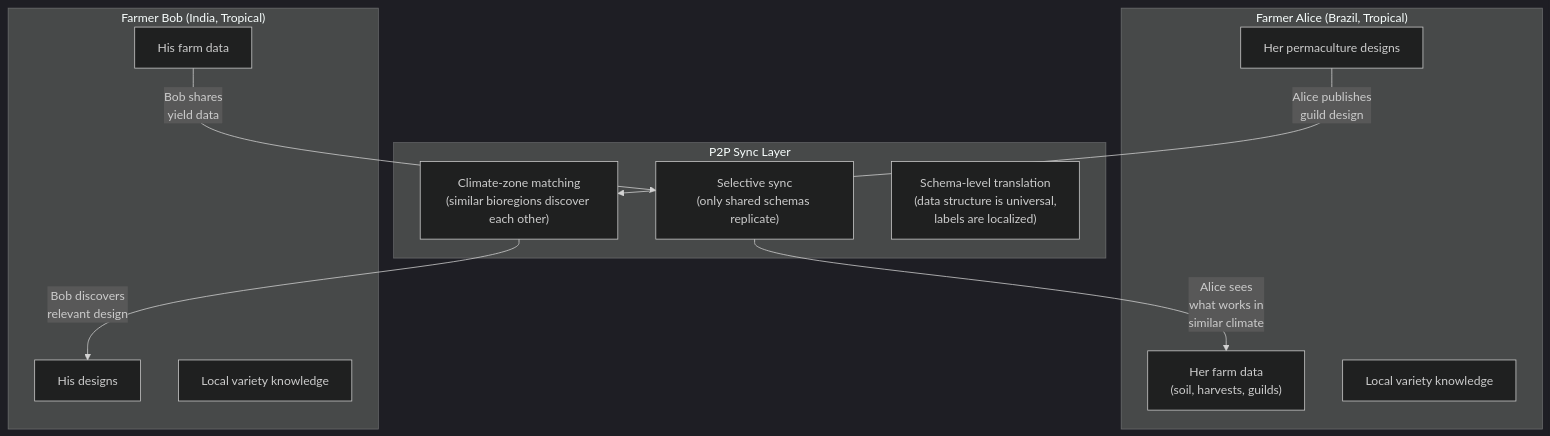
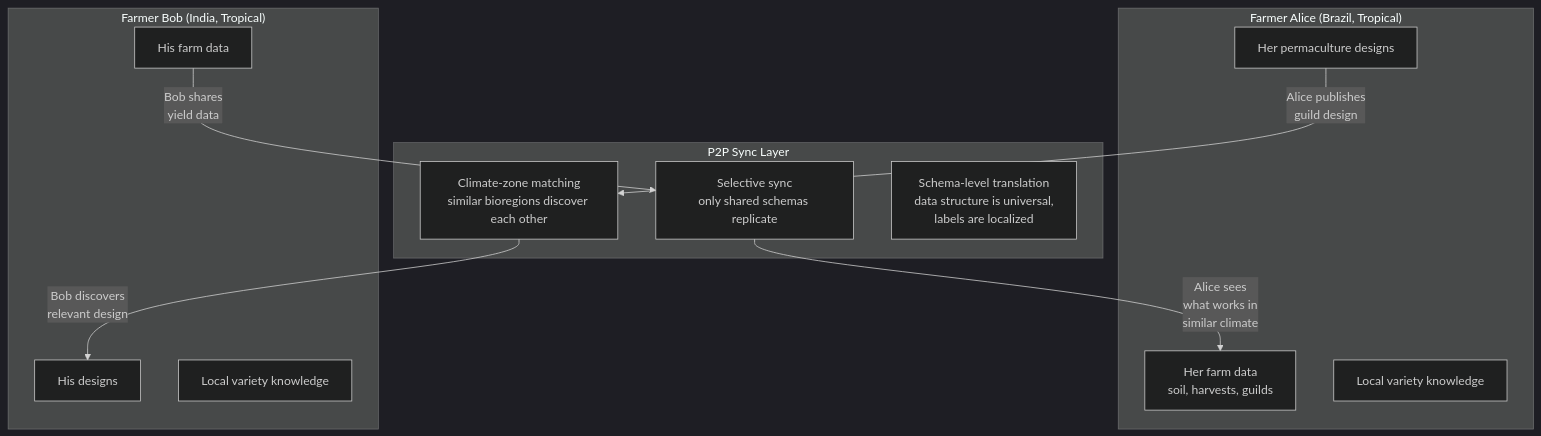
The diagram in docs/research/regenerative-farming-erp.md (crs48/xNet), drawn with Mermaid (dark theme) before and after one commit. The commit also changed 21 other files, not shown here.

First line of the commit message:
Fix Mermaid parse errors: remove parentheses in flowchart node labels after <br/> tags

````diff
--- a/docs/research/regenerative-farming-erp.md
+++ b/docs/research/regenerative-farming-erp.md
@@ -567,25 +567,25 @@
 ```mermaid
 graph TB
     subgraph "Farmer Alice (Brazil, Tropical)"
-        A_DATA["Her farm data<br/>(soil, harvests, guilds)"]
+        A_DATA["Her farm data<br/>soil, harvests, guilds"]
         A_DESIGNS["Her permaculture designs"]
         A_LOCAL["Local variety knowledge"]
     end
 
     subgraph "Farmer Bob (India, Tropical)"
         B_DATA["His farm data"]
         B_DESIGNS["His designs"]
         B_LOCAL["Local variety knowledge"]
     end
 
     subgraph "P2P Sync Layer"
-        MATCH["Climate-zone matching<br/>(similar bioregions discover each other)"]
-        SELECTIVE["Selective sync<br/>(only shared schemas replicate)"]
-        TRANSLATE["Schema-level translation<br/>(data structure is universal,<br/>labels are localized)"]
+        MATCH["Climate-zone matching<br/>similar bioregions discover each other"]
+        SELECTIVE["Selective sync<br/>only shared schemas replicate"]
+        TRANSLATE["Schema-level translation<br/>data structure is universal,<br/>labels are localized"]
     end
 
     A_DESIGNS -->|"Alice publishes<br/>guild design"| MATCH
     MATCH -->|"Bob discovers<br/>relevant design"| B_DESIGNS
     B_DATA -->|"Bob shares<br/>yield data"| SELECTIVE
     SELECTIVE -->|"Alice sees<br/>what works in<br/>similar climate"| A_DATA
 ```
````
